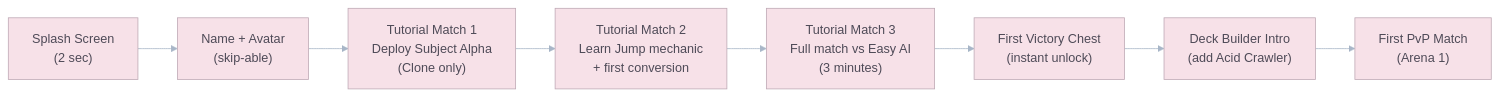
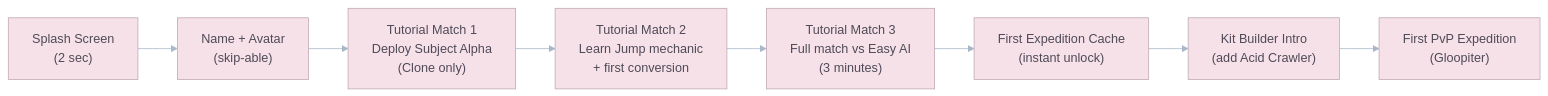
The second of 4 diagrams in .docs/GDD/05_Meta_Game_Retention_and_LiveOps.md (unknown-studios-code/goo-galaxy), drawn with Mermaid before and after one commit. The commit also changed other lines of this file and 20 other files, not shown here.

````diff
--- a/.docs/GDD/05_Meta_Game_Retention_and_LiveOps.md
+++ b/.docs/GDD/05_Meta_Game_Retention_and_LiveOps.md
@@ -49,11 +49,11 @@
 ```mermaid
 %%{init: {"theme":"base","themeVariables":{"primaryColor":"#F7E1E8","secondaryColor":"#DCEBF7","tertiaryColor":"#E4F3E1","primaryBorderColor":"#BFA9B5","lineColor":"#A8B6C8","primaryTextColor":"#4E4A57","clusterBkg":"#FAF5EA","clusterBorder":"#CDBFAF","edgeLabelBackground":"#FFF9F2","noteBkgColor":"#F7F1FA","noteTextColor":"#4E4A57","taskBkgColor":"#DCEBF7","taskTextColor":"#4E4A57","taskTextOutsideColor":"#4E4A57","sectionBkgColor":"#E4F3E1","sectionBorderColor":"#BCD0B9","gridColor":"#E8DDD3","todayLineColor":"#C7A7B5","actorBkg":"#F7E1E8","actorBorder":"#BFA9B5","actorTextColor":"#4E4A57","signalColor":"#A8B6C8","signalTextColor":"#4E4A57","labelBoxBkgColor":"#FFF9F2","labelBoxBorderColor":"#CDBFAF","labelTextColor":"#4E4A57"}}}%%
 flowchart LR
     A["Splash Screen<br/>(2 sec)"] --> B["Name + Avatar<br/>(skip-able)"]
     B --> C["Tutorial Match 1<br/>Deploy Subject Alpha<br/>(Clone only)"]
     C --> D["Tutorial Match 2<br/>Learn Jump mechanic<br/>+ first conversion"]
     D --> E["Tutorial Match 3<br/>Full match vs Easy AI<br/>(3 minutes)"]
-    E --> F["First Victory Chest<br/>(instant unlock)"]
-    F --> G["Deck Builder Intro<br/>(add Acid Crawler)"]
-    G --> H["First PvP Match<br/>(Arena 1)"]
+    E --> F["First Expedition Cache<br/>(instant unlock)"]
+    F --> G["Kit Builder Intro<br/>(add Acid Crawler)"]
+    G --> H["First PvP Expedition<br/>(Gloopiter)"]
 ```
````
